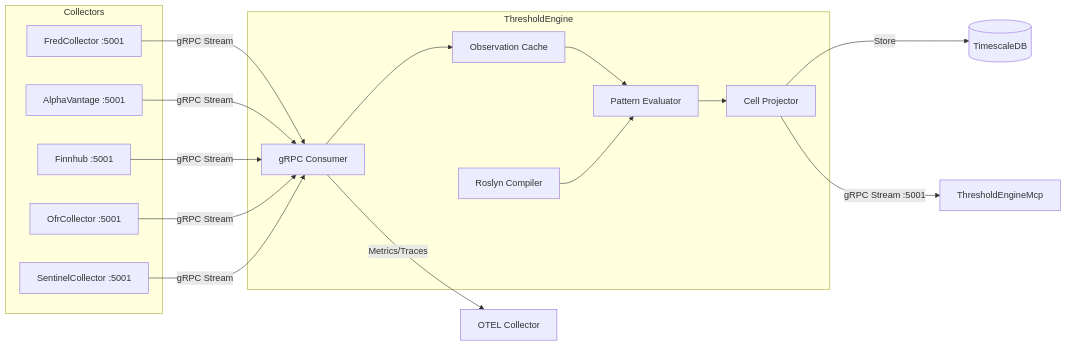
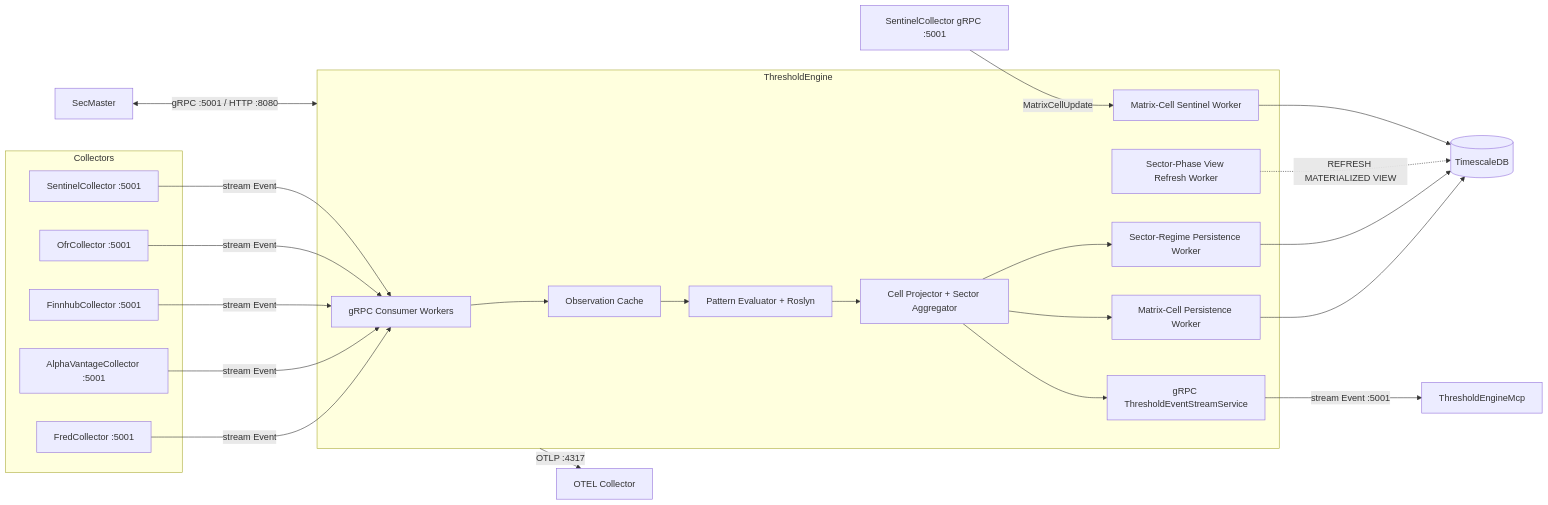
Before and after one commit to jpansarasa/ATLAS-Docs: the diagram in ThresholdEngine/README.md, drawn with Mermaid. The commit also changed other lines of this file, not shown here.

````diff
--- a/ThresholdEngine/README.md
+++ b/ThresholdEngine/README.md
@@ -11,27 +11,33 @@
 ```mermaid
 flowchart LR
     subgraph Collectors
         FC[FredCollector :5001]
-        AV[AlphaVantage :5001]
-        FH[Finnhub :5001]
+        AV[AlphaVantageCollector :5001]
+        FH[FinnhubCollector :5001]
         OC[OfrCollector :5001]
         SC[SentinelCollector :5001]
     end
 
     subgraph ThresholdEngine
-        GC[gRPC Consumer]
+        GC[gRPC Consumer Workers]
         CACHE[Observation Cache]
-        EVAL[Pattern Evaluator]
-        ROSLYN[Roslyn Compiler]
-        PROJ[Cell Projector]
+        EVAL[Pattern Evaluator + Roslyn]
+        PROJ[Cell Projector + Sector Aggregator]
+        MWR[Matrix-Cell Persistence Worker]
+        SRW[Sector-Regime Persistence Worker]
+        SPRW[Sector-Phase View Refresh Worker]
+        SMW[Matrix-Cell Sentinel Worker]
+        GS[gRPC ThresholdEventStreamService]
     end
 
-    FC & AV & FH & OC & SC -->|gRPC Stream| GC
-    GC --> CACHE
-    CACHE --> EVAL
-    ROSLYN --> EVAL
-    EVAL --> PROJ
-    PROJ -->|Store| DB[(TimescaleDB)]
-    PROJ -->|gRPC Stream :5001| MCP[ThresholdEngineMcp]
-    GC -->|Metrics/Traces| OTEL[OTEL Collector]
+    FC & AV & FH & OC & SC -->|stream Event| GC
+    GC --> CACHE --> EVAL --> PROJ
+    PROJ --> MWR --> DB[(TimescaleDB)]
+    PROJ --> SRW --> DB
+    PROJ --> GS
+    SPRW -. REFRESH MATERIALIZED VIEW .-> DB
+    SENT[SentinelCollector gRPC :5001] -->|MatrixCellUpdate| SMW --> DB
+    SM[SecMaster] <-->|gRPC :5001 / HTTP :8080| ThresholdEngine
+    GS -->|stream Event :5001| MCP[ThresholdEngineMcp]
+    ThresholdEngine -->|OTLP :4317| OTEL[OTEL Collector]
 ```
````
